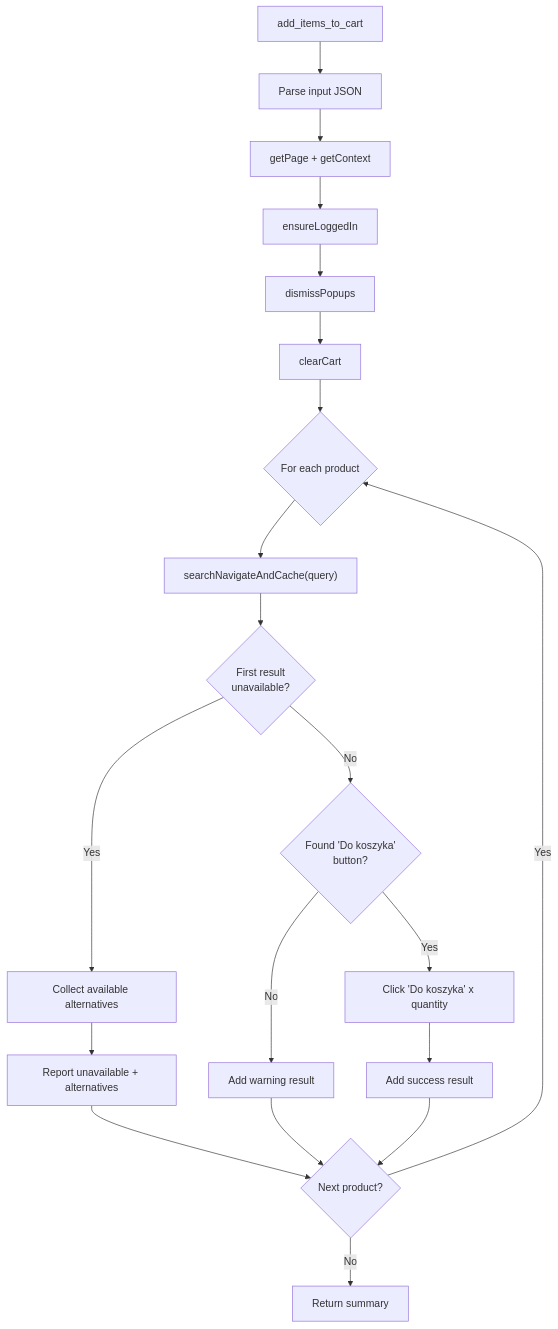
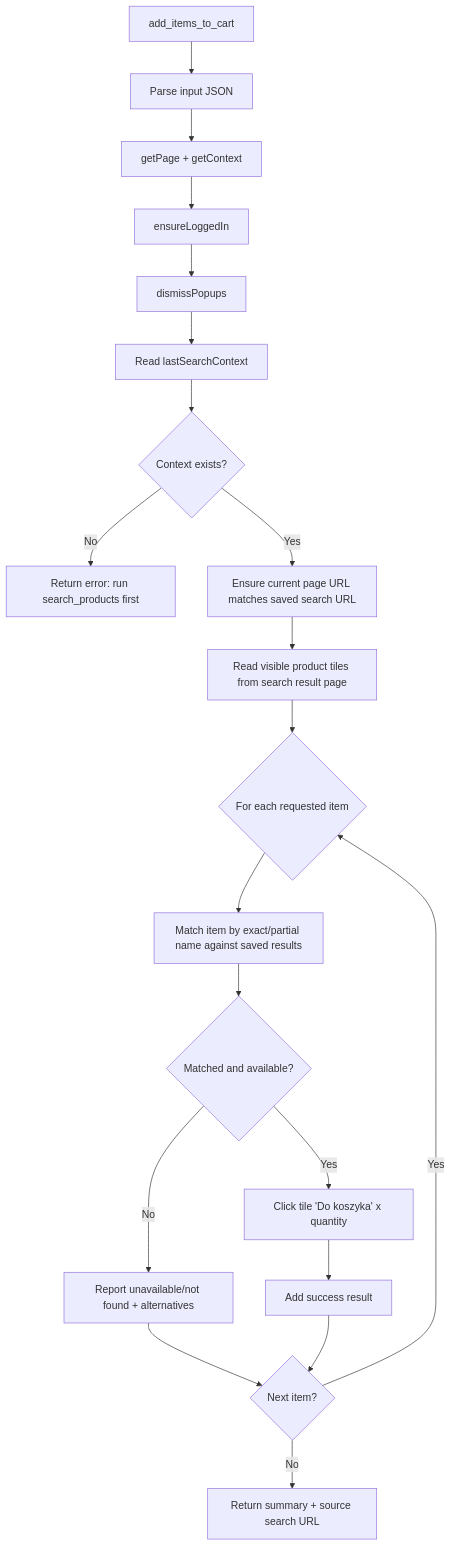
The third of 3 diagrams in docs/DIAGRAMS.md (mkidawa/frisco-mcp), drawn with Mermaid before and after one commit. The commit also changed other lines of this file and 9 other files, not shown here.

````diff
--- a/docs/DIAGRAMS.md
+++ b/docs/DIAGRAMS.md
@@ -78,23 +79,22 @@
 ```mermaid
 flowchart TD
     A[add_items_to_cart] --> B[Parse input JSON]
     B --> C[getPage + getContext]
     C --> D[ensureLoggedIn]
     D --> E[dismissPopups]
-    E --> F[clearCart]
-    F --> G{For each product}
-
-    G --> H["searchNavigateAndCache(query)"]
-    H --> U{First result<br/>unavailable?}
-    U -- Yes --> V["Collect available alternatives"]
-    V --> W["Report unavailable + alternatives"]
-    U -- No --> I{Found 'Do koszyka'<br/>button?}
-    I -- No --> J[Add warning result]
-    I -- Yes --> K["Click 'Do koszyka' x quantity"]
-    K --> L[Add success result]
-    W --> M{Next product?}
-    J --> M
-    L --> M
-    M -- Yes --> G
-    M -- No --> N[Return summary]
+    E --> F[Read lastSearchContext]
+    F --> G{Context exists?}
+    G -- No --> H[Return error: run search_products first]
+    G -- Yes --> I[Ensure current page URL matches saved search URL]
+    I --> J[Read visible product tiles from search result page]
+    J --> K{For each requested item}
+    K --> L[Match item by exact/partial name against saved results]
+    L --> M{Matched and available?}
+    M -- No --> N[Report unavailable/not found + alternatives]
+    M -- Yes --> O[Click tile 'Do koszyka' x quantity]
+    O --> P[Add success result]
+    N --> Q{Next item?}
+    P --> Q
+    Q -- Yes --> K
+    Q -- No --> R[Return summary + source search URL]
 ```
````
